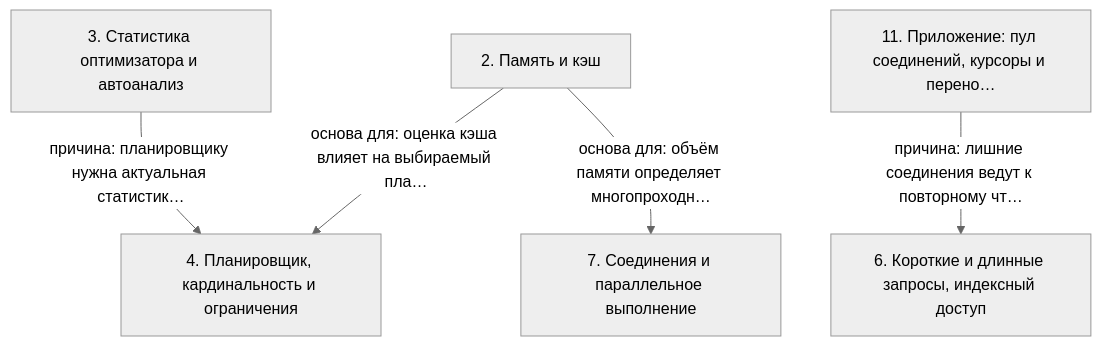
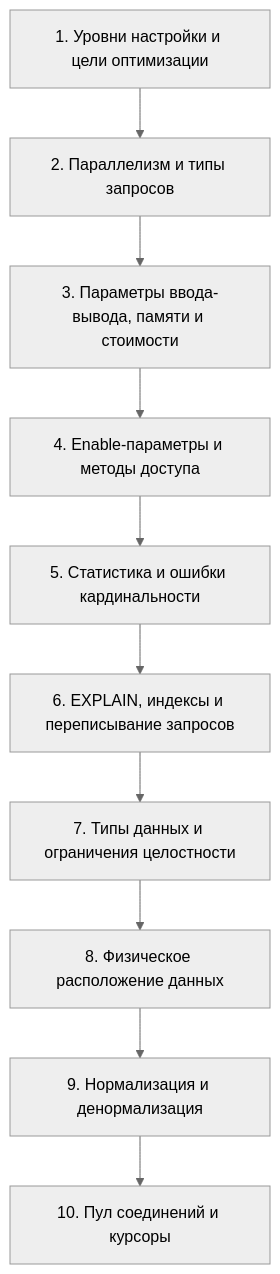
The diagram in postgres-qpt/17 - QPT-16. 16. Подходы к настройке/notes.md (AsoloCode/notes), drawn with Mermaid (neutral theme) before and after one commit. The commit also changed other lines of this file and 503 other files, not shown here.

First line of the commit message:
Обновить конспекты PostgreSQL (QPT-16, DEV1-16): слайды, схемы, факт-чек

````diff
--- a/postgres-qpt/17 - QPT-16. 16. Подходы к настройке/notes.md
+++ b/postgres-qpt/17 - QPT-16. 16. Подходы к настройке/notes.md
@@ -148,13 +937,22 @@
 ```mermaid
 flowchart TD
-    n2["2. Память и кэш"]
-    n3["3. Статистика оптимизатора и автоанализ"]
-    n4["4. Планировщик, кардинальность и ограничения"]
-    n6["6. Короткие и длинные запросы, индексный доступ"]
-    n7["7. Соединения и параллельное выполнение"]
-    n11["11. Приложение: пул соединений, курсоры и перено…"]
-    n3 -->|причина: планировщику нужна актуальная статистик…| n4
-    n2 -->|основа для: оценка кэша влияет на выбираемый пла…| n4
-    n2 -->|основа для: объём памяти определяет многопроходн…| n7
-    n11 -->|причина: лишние соединения ведут к повторному чт…| n6
+    n1["1. Уровни настройки и цели оптимизации"]
+    n2["2. Параллелизм и типы запросов"]
+    n3["3. Параметры ввода-вывода, памяти и стоимости"]
+    n4["4. Enable-параметры и методы доступа"]
+    n5["5. Статистика и ошибки кардинальности"]
+    n6["6. EXPLAIN, индексы и переписывание запросов"]
+    n7["7. Типы данных и ограничения целостности"]
+    n8["8. Физическое расположение данных"]
+    n9["9. Нормализация и денормализация"]
+    n10["10. Пул соединений и курсоры"]
+    n1 --> n2
+    n2 --> n3
+    n3 --> n4
+    n4 --> n5
+    n5 --> n6
+    n6 --> n7
+    n7 --> n8
+    n8 --> n9
+    n9 --> n10
 ```
````
